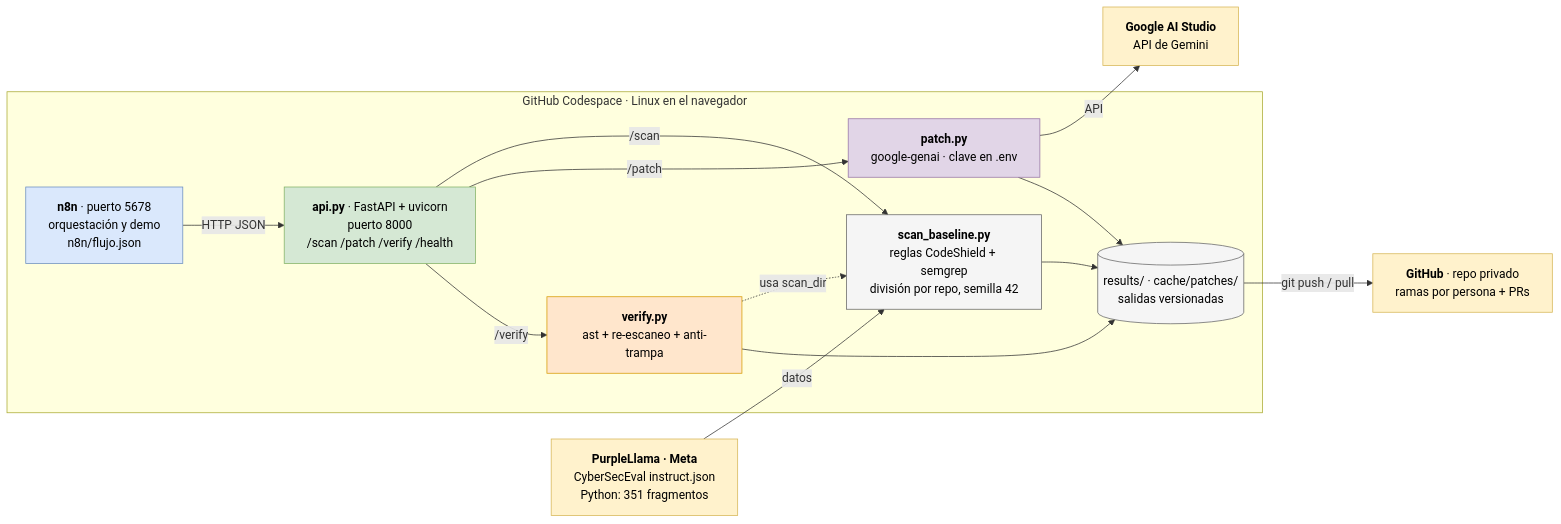
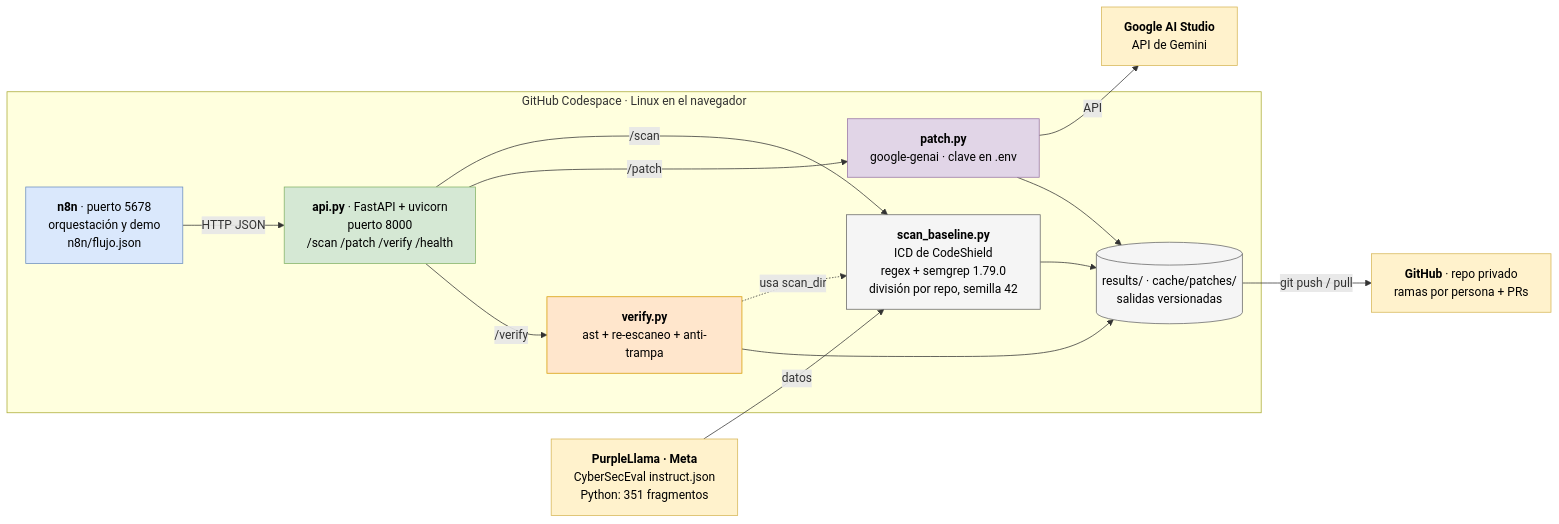
One commit to da600vo/DeffAcc changed the diagram in docs/2_arquitectura_stack.mmd. Above: the diagram before and after it, drawn with Mermaid. The commit also changed 12 other files, not shown here.

Commit message:
Fijar versiones (semgrep 1.79.0), escáner oficial ICD, números y ejemplo actualizados

```diff
--- a/docs/2_arquitectura_stack.mmd
+++ b/docs/2_arquitectura_stack.mmd
@@ -1,32 +1,32 @@
 flowchart LR
   DS["<b>PurpleLlama · Meta</b><br/>CyberSecEval instruct.json<br/>Python: 351 fragmentos"]:::ext
   subgraph CS["GitHub Codespace · Linux en el navegador"]
     N8N["<b>n8n</b> · puerto 5678<br/>orquestación y demo<br/>n8n/flujo.json"]:::adrian
     API["<b>api.py</b> · FastAPI + uvicorn<br/>puerto 8000<br/>/scan /patch /verify /health"]:::david
-    SC["<b>scan_baseline.py</b><br/>reglas CodeShield + semgrep<br/>división por repo, semilla 42"]:::base
+    SC["<b>scan_baseline.py</b><br/>ICD de CodeShield<br/>regex + semgrep 1.79.0<br/>división por repo, semilla 42"]:::base
     PA["<b>patch.py</b><br/>google-genai · clave en .env"]:::leandro
     VE["<b>verify.py</b><br/>ast + re-escaneo + anti-trampa"]:::antonia
     FS[("results/ · cache/patches/<br/>salidas versionadas")]:::base
   end
   GM["<b>Google AI Studio</b><br/>API de Gemini"]:::ext
   GH["<b>GitHub</b> · repo privado<br/>ramas por persona + PRs"]:::ext
   N8N -- HTTP JSON --> API
   API -- /scan --> SC
   API -- /patch --> PA
   API -- /verify --> VE
   VE -. usa scan_dir .-> SC
   PA -- API --> GM
   DS -- datos --> SC
   SC --> FS
   PA --> FS
   VE --> FS
   FS -- git push / pull --> GH
 classDef adrian fill:#dae8fc,stroke:#6c8ebf,color:#000
 classDef david fill:#d5e8d4,stroke:#82b366,color:#000
 classDef antonia fill:#ffe6cc,stroke:#d79b00,color:#000
 classDef leandro fill:#e1d5e7,stroke:#9673a6,color:#000
 classDef marlon fill:#f8cecc,stroke:#b85450,color:#000
 classDef base fill:#f5f5f5,stroke:#666,color:#000
 classDef ext fill:#fff2cc,stroke:#d6b656,color:#000
 classDef ok fill:#c8f0c8,stroke:#2e7d32,color:#000
 classDef bad fill:#ffd0d0,stroke:#c62828,color:#000
```
